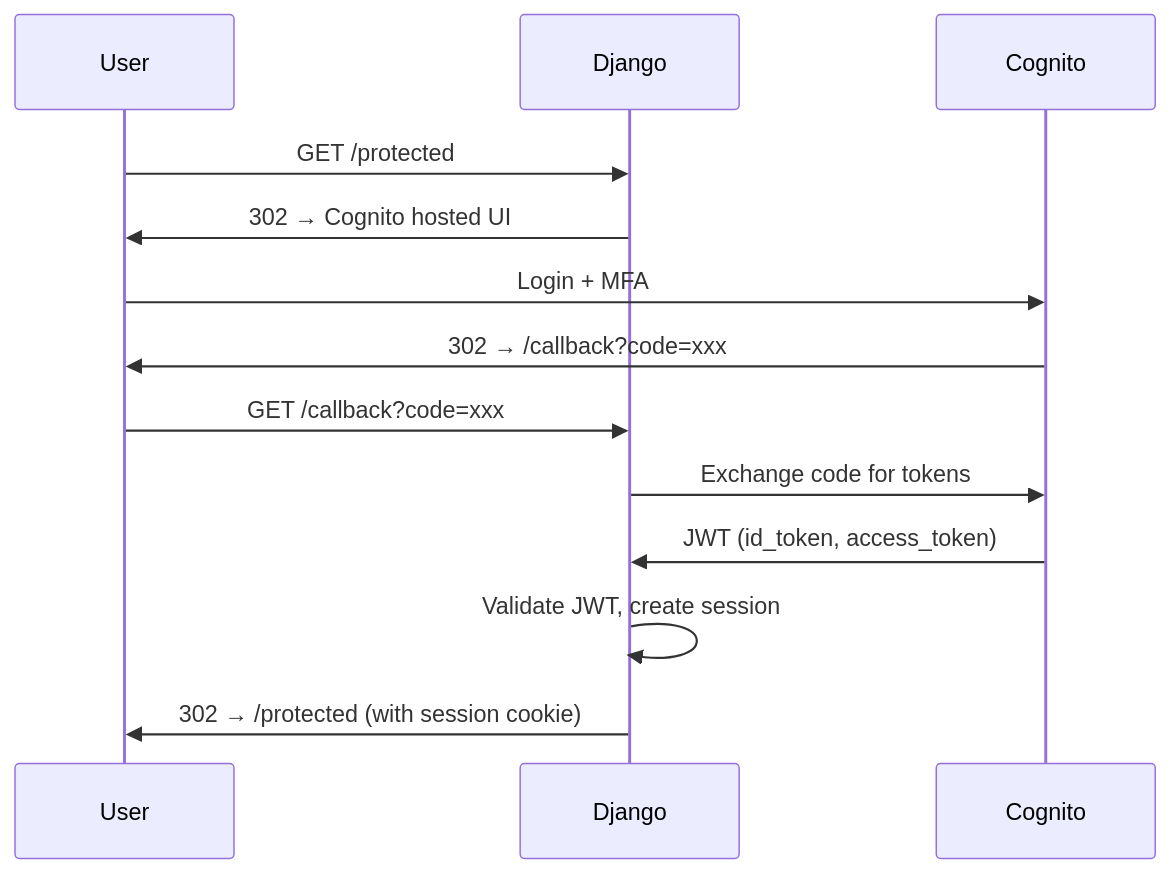
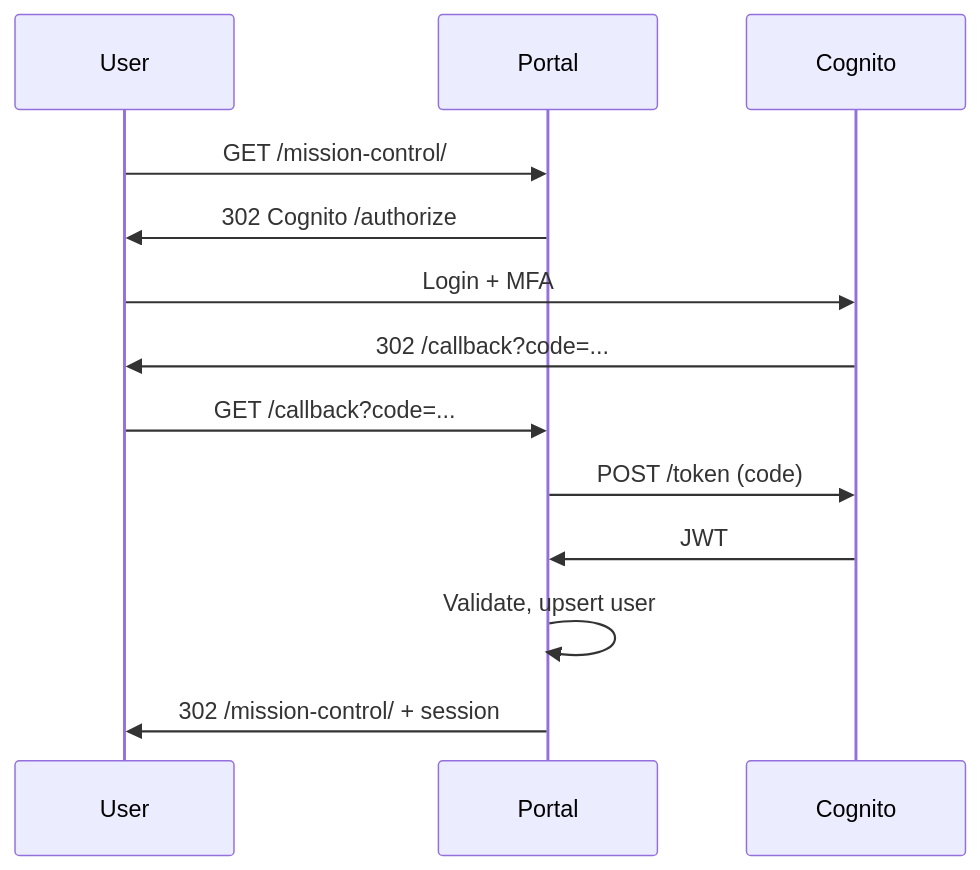
One commit to PaloAltoNetworks/shifter changed the third of 3 diagrams in docs/src/architecture.md. Above: the diagram before and after it, drawn with Mermaid. The commit also changed other lines of this file and 3 other files, not shown here.

````diff
--- a/docs/src/architecture.md
+++ b/docs/src/architecture.md
@@ -76,16 +73,12 @@
 ```mermaid
 sequenceDiagram
-    participant User
-    participant Django
-    participant Cognito
-
-    User->>Django: GET /protected
-    Django->>User: 302 → Cognito hosted UI
+    User->>Portal: GET /mission-control/
+    Portal->>User: 302 Cognito /authorize
     User->>Cognito: Login + MFA
-    Cognito->>User: 302 → /callback?code=xxx
-    User->>Django: GET /callback?code=xxx
-    Django->>Cognito: Exchange code for tokens
-    Cognito->>Django: JWT (id_token, access_token)
-    Django->>Django: Validate JWT, create session
-    Django->>User: 302 → /protected (with session cookie)
+    Cognito->>User: 302 /callback?code=...
+    User->>Portal: GET /callback?code=...
+    Portal->>Cognito: POST /token (code)
+    Cognito->>Portal: JWT
+    Portal->>Portal: Validate, upsert user
+    Portal->>User: 302 /mission-control/ + session
 ```
````
